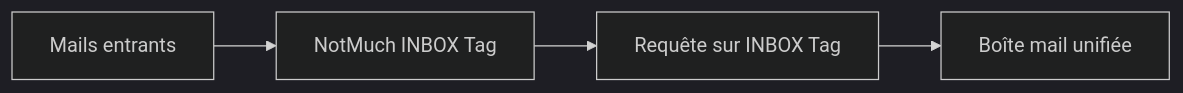
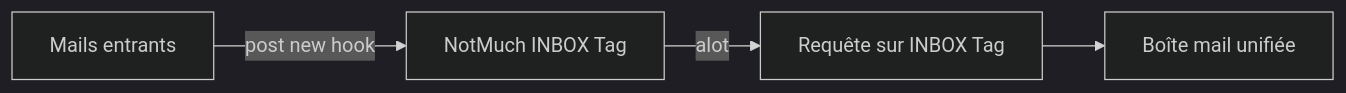
One commit to psic/psic.github.io changed the first of 2 diagrams in _posts/2018-10-05-mon-setup-mail.md. Above: the diagram before and after it, drawn with Mermaid (dark theme). The commit also changed other lines of this file, not shown here.

````diff
--- a/_posts/2018-10-05-mon-setup-mail.md
+++ b/_posts/2018-10-05-mon-setup-mail.md
@@ -18,10 +18,10 @@
 ```mermaid
 graph LR;
     A[Mails entrants]
     B[NotMuch INBOX Tag]
     C[Requête sur INBOX Tag]
     D[Boîte mail unifiée]
-    A-->B;
-    B-->C;
+    A--post new hook-->B;
+    B--alot-->C;
     C-->D;
 ```
````
